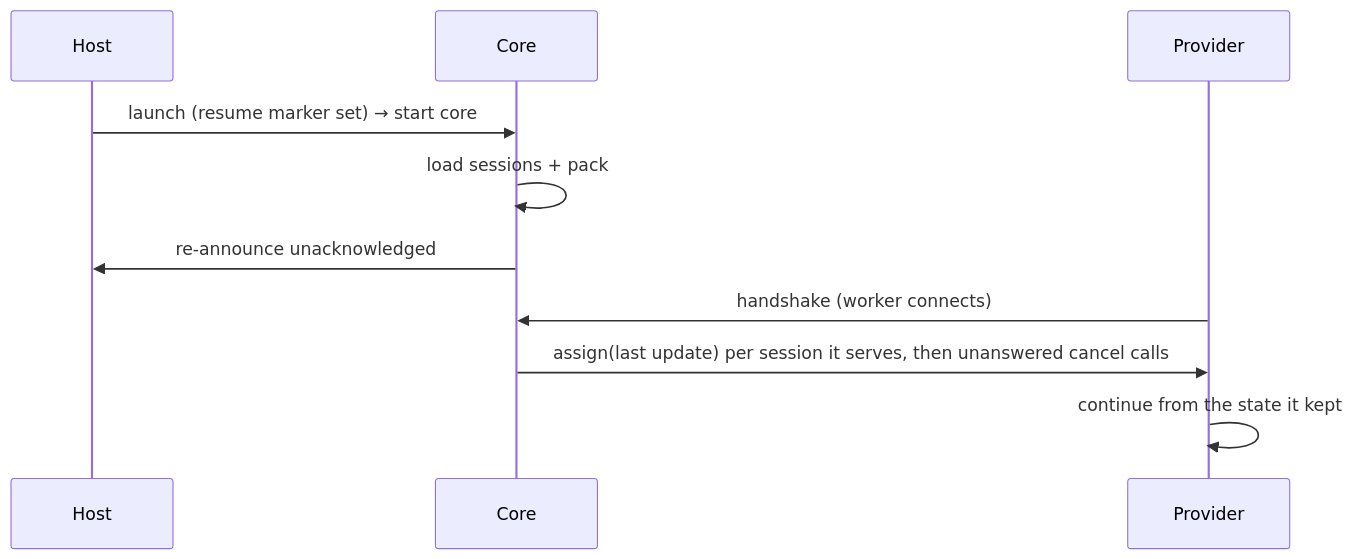
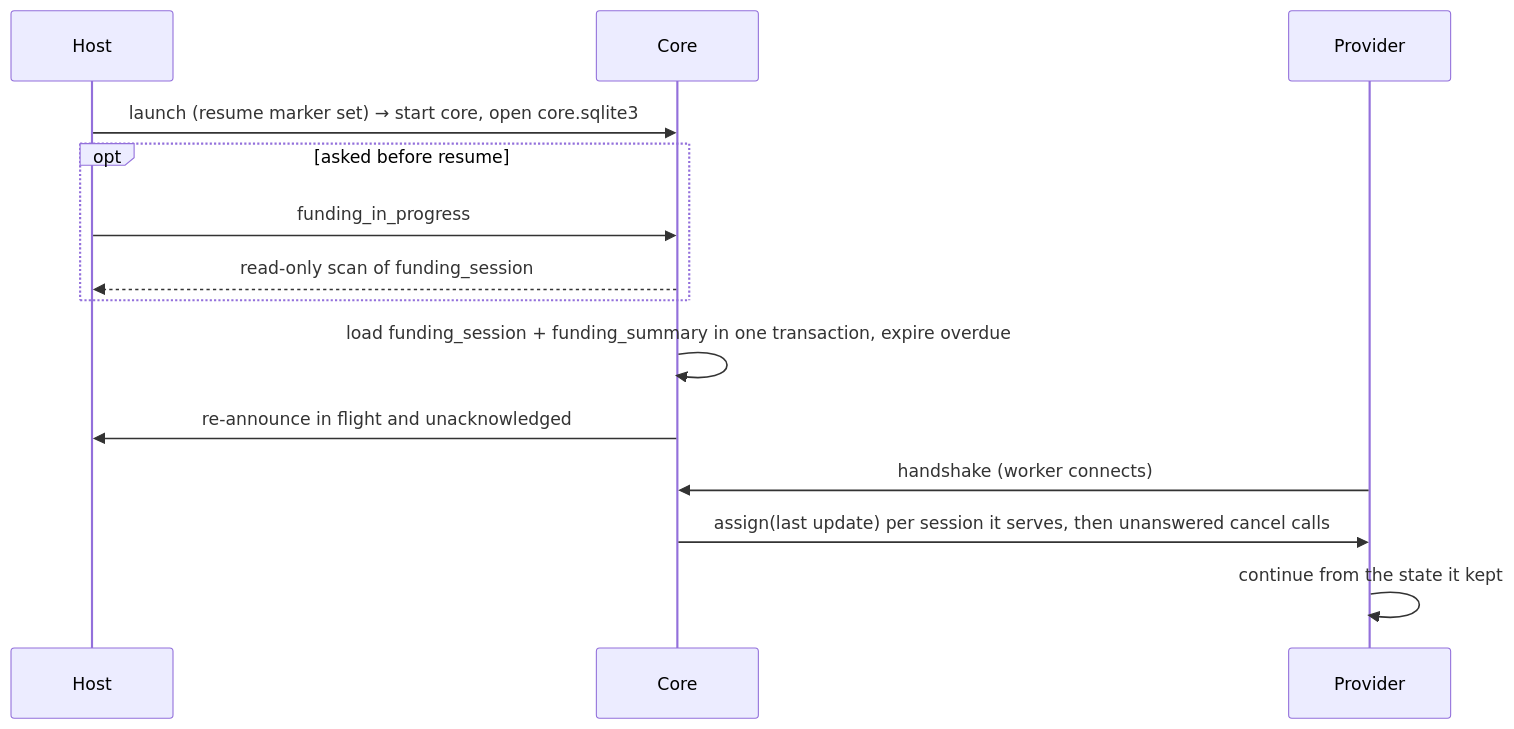
One commit to paritytech/trinity-user-agents changed the eighth of 8 diagrams in docs/design/funding-modality.md. Above: the diagram before and after it, drawn with Mermaid. The commit also changed other lines of this file, not shown here.

Commit message:
docs(design): funding sessions in the core database, restart reads it

````diff
--- a/docs/design/funding-modality.md
+++ b/docs/design/funding-modality.md
@@ -273,12 +289,16 @@
 ```mermaid
 sequenceDiagram
   participant H as Host
   participant C as Core
   participant W as Provider
-  H->>C: launch (resume marker set) → start core
-  C->>C: load sessions + pack
-  C->>H: re-announce unacknowledged
+  H->>C: launch (resume marker set) → start core, open core.sqlite3
+  opt asked before resume
+    H->>C: funding_in_progress
+    C-->>H: read-only scan of funding_session
+  end
+  C->>C: load funding_session + funding_summary in one transaction, expire overdue
+  C->>H: re-announce in flight and unacknowledged
   W->>C: handshake (worker connects)
   C->>W: assign(last update) per session it serves, then unanswered cancel calls
   W->>W: continue from the state it kept
 ```
````
